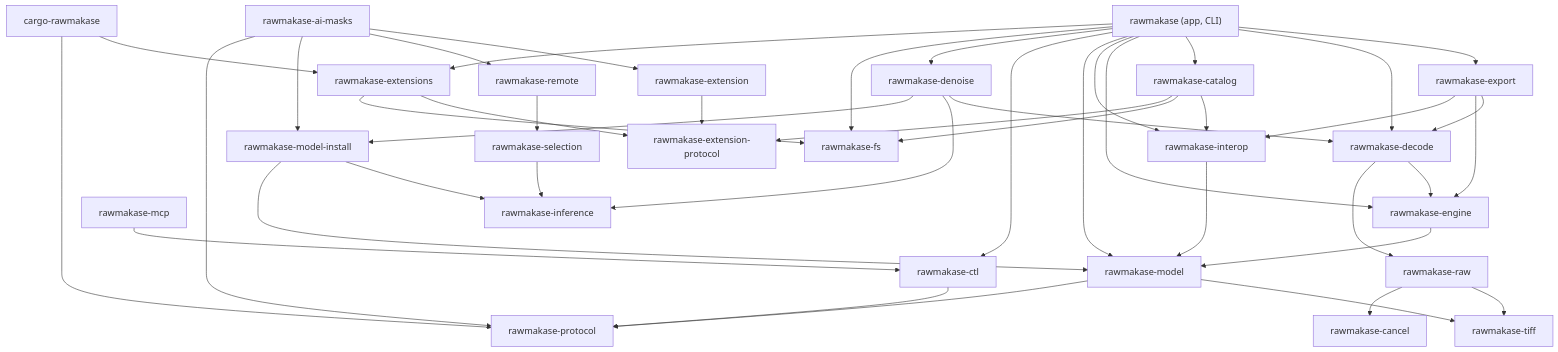
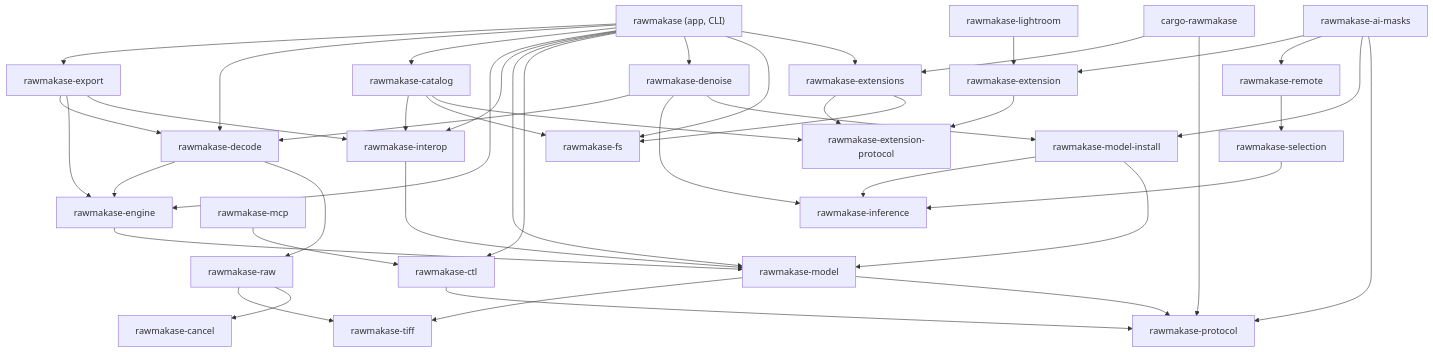
Before and after one commit to pch/rawmakase: the diagram in docs/architecture.md, drawn with Mermaid. The commit also changed other lines of this file and 54 other files, not shown here.

````diff
--- a/docs/architecture.md
+++ b/docs/architecture.md
@@ -15,47 +15,49 @@
 ```mermaid
 flowchart TD
     app["rawmakase (app, CLI)"]
     export[rawmakase-export]
     decode[rawmakase-decode]
     catalog[rawmakase-catalog]
     engine[rawmakase-engine]
     interop[rawmakase-interop]
     model[rawmakase-model]
     raw[rawmakase-raw]
     tiff[rawmakase-tiff]
     cancel[rawmakase-cancel]
     fs[rawmakase-fs]
     protocol[rawmakase-protocol]
     ctl[rawmakase-ctl]
     mcp[rawmakase-mcp]
     remote[rawmakase-remote]
     inference[rawmakase-inference]
     selection[rawmakase-selection]
     modelinstall[rawmakase-model-install]
     denoise[rawmakase-denoise]
     aimasks[rawmakase-ai-masks]
+    lightroom[rawmakase-lightroom]
     exthost[rawmakase-extensions]
     extprotocol[rawmakase-extension-protocol]
     sdk[rawmakase-extension]
     cargoext[cargo-rawmakase]
 
     app --> export & decode & catalog & engine & interop & model
     app --> ctl & denoise & fs & exthost
     denoise --> decode & inference & modelinstall
     export --> decode & engine & interop
     decode --> engine & raw
     catalog --> interop & fs & extprotocol
     engine --> model
     interop --> model
     model --> tiff & protocol
     raw --> tiff & cancel
     ctl --> protocol
     mcp --> ctl
     remote --> selection
     selection --> inference
     modelinstall --> inference & model
     aimasks --> sdk & remote & modelinstall & protocol
+    lightroom --> sdk
     exthost --> extprotocol & fs
     sdk --> extprotocol
     cargoext --> exthost & protocol
 ```
````
